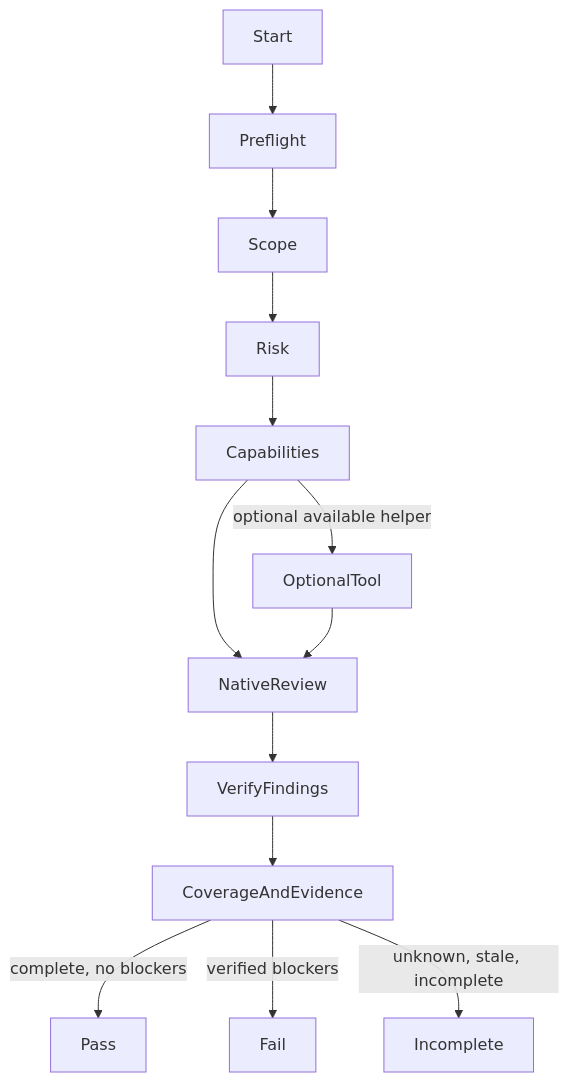
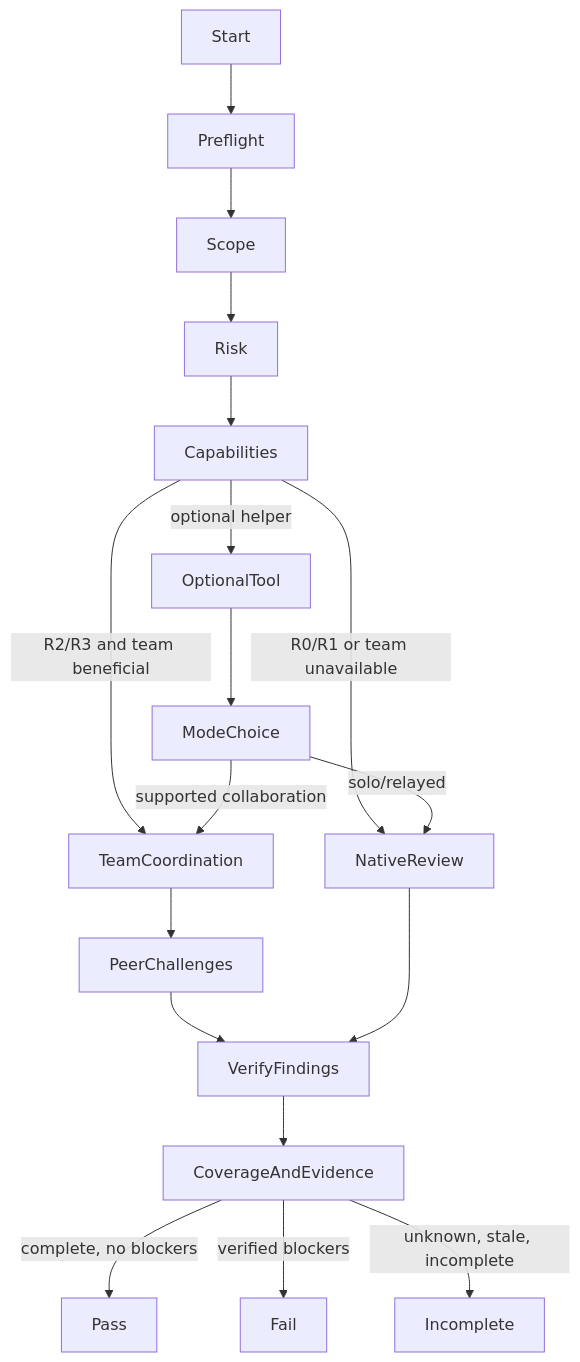
Before and after one commit to JadsonLucena/agent-toolkit: the diagram in contexts/review/skills/review-change/skill.md, drawn with Mermaid. The commit also changed other lines of this file and 17 other files, not shown here.

````diff
--- a/contexts/review/skills/review-change/skill.md
+++ b/contexts/review/skills/review-change/skill.md
@@ -23,15 +24,20 @@
 ```mermaid
 flowchart TD
     Start --> Preflight
     Preflight --> Scope
     Scope --> Risk
     Risk --> Capabilities
-    Capabilities --> NativeReview
-    Capabilities -->|optional available helper| OptionalTool
-    OptionalTool --> NativeReview
+    Capabilities -->|R0/R1 or team unavailable| NativeReview
+    Capabilities -->|R2/R3 and team beneficial| TeamCoordination
+    Capabilities -->|optional helper| OptionalTool
+    OptionalTool --> ModeChoice
+    ModeChoice -->|solo/relayed| NativeReview
+    ModeChoice -->|supported collaboration| TeamCoordination
+    TeamCoordination --> PeerChallenges
+    PeerChallenges --> VerifyFindings
     NativeReview --> VerifyFindings
     VerifyFindings --> CoverageAndEvidence
     CoverageAndEvidence -->|complete, no blockers| Pass
     CoverageAndEvidence -->|verified blockers| Fail
     CoverageAndEvidence -->|unknown, stale, incomplete| Incomplete
 ```
````
